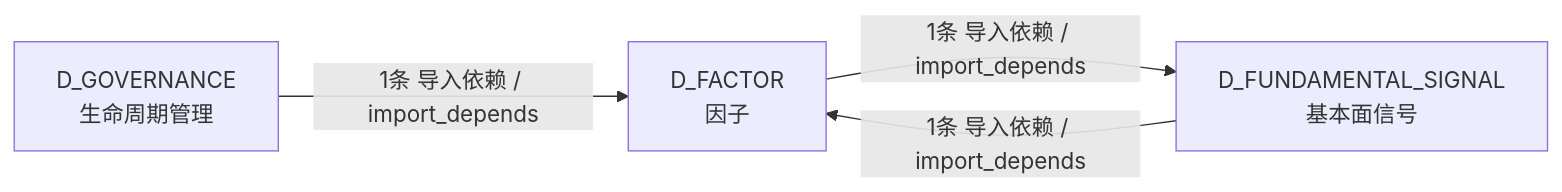
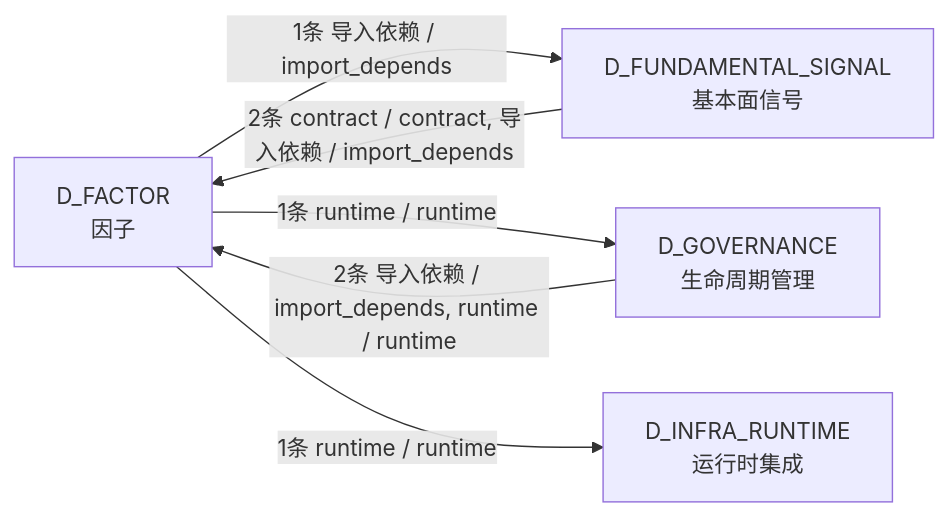
The fourth of 4 diagrams in docs/02_enterprise_architecture/02_domain_architecture_docs/29_d_factor.md (xuanFelixVan/ZephyrAlpha), drawn with Mermaid before and after one commit. The commit also changed other lines of this file and 100 other files, not shown here.

````diff
--- a/docs/02_enterprise_architecture/02_domain_architecture_docs/29_d_factor.md
+++ b/docs/02_enterprise_architecture/02_domain_architecture_docs/29_d_factor.md
@@ -194,9 +210,12 @@
 ```mermaid
 graph LR
     D_FACTOR["D_FACTOR<br/>因子"]
     D_FUNDAMENTAL_SIGNAL["D_FUNDAMENTAL_SIGNAL<br/>基本面信号"]
     D_GOVERNANCE["D_GOVERNANCE<br/>生命周期管理"]
+    D_INFRA_RUNTIME["D_INFRA_RUNTIME<br/>运行时集成"]
     D_FACTOR -->|1条 导入依赖 / import_depends| D_FUNDAMENTAL_SIGNAL
-    D_FUNDAMENTAL_SIGNAL -->|1条 导入依赖 / import_depends| D_FACTOR
-    D_GOVERNANCE -->|1条 导入依赖 / import_depends| D_FACTOR
+    D_FACTOR -->|1条 runtime / runtime| D_GOVERNANCE
+    D_FACTOR -->|1条 runtime / runtime| D_INFRA_RUNTIME
+    D_FUNDAMENTAL_SIGNAL -->|2条 contract / contract, 导入依赖 / import_depends| D_FACTOR
+    D_GOVERNANCE -->|2条 导入依赖 / import_depends, runtime / runtime| D_FACTOR
 ```
````
